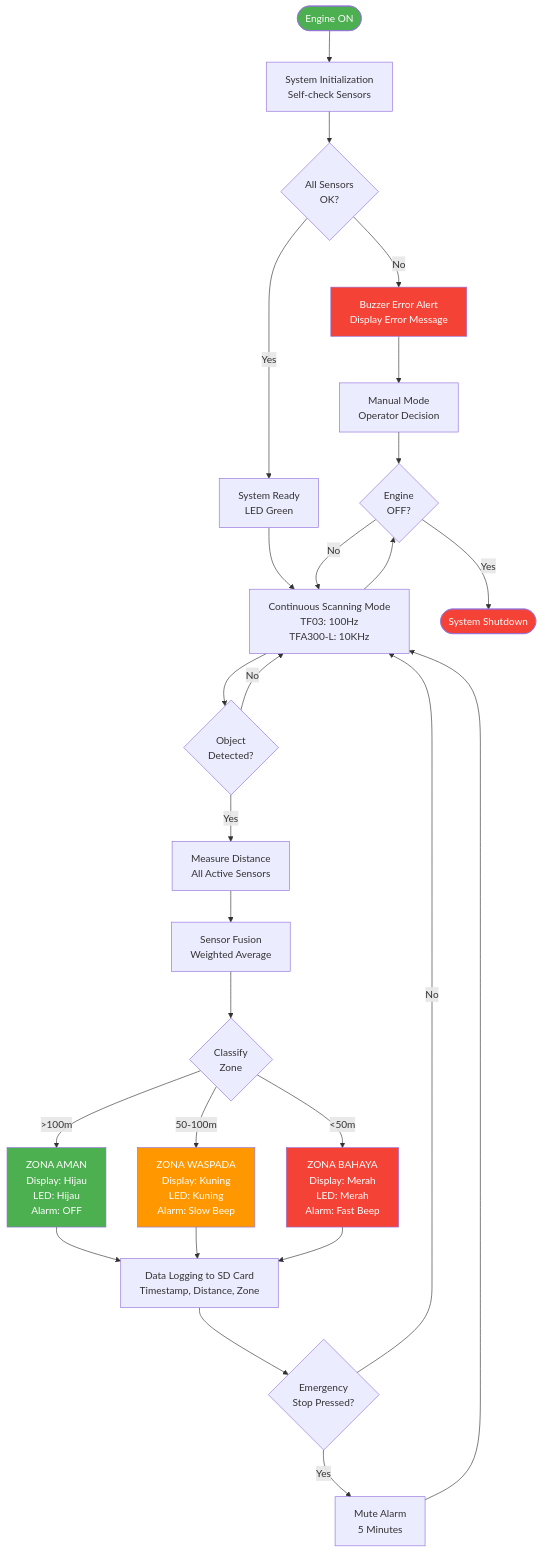
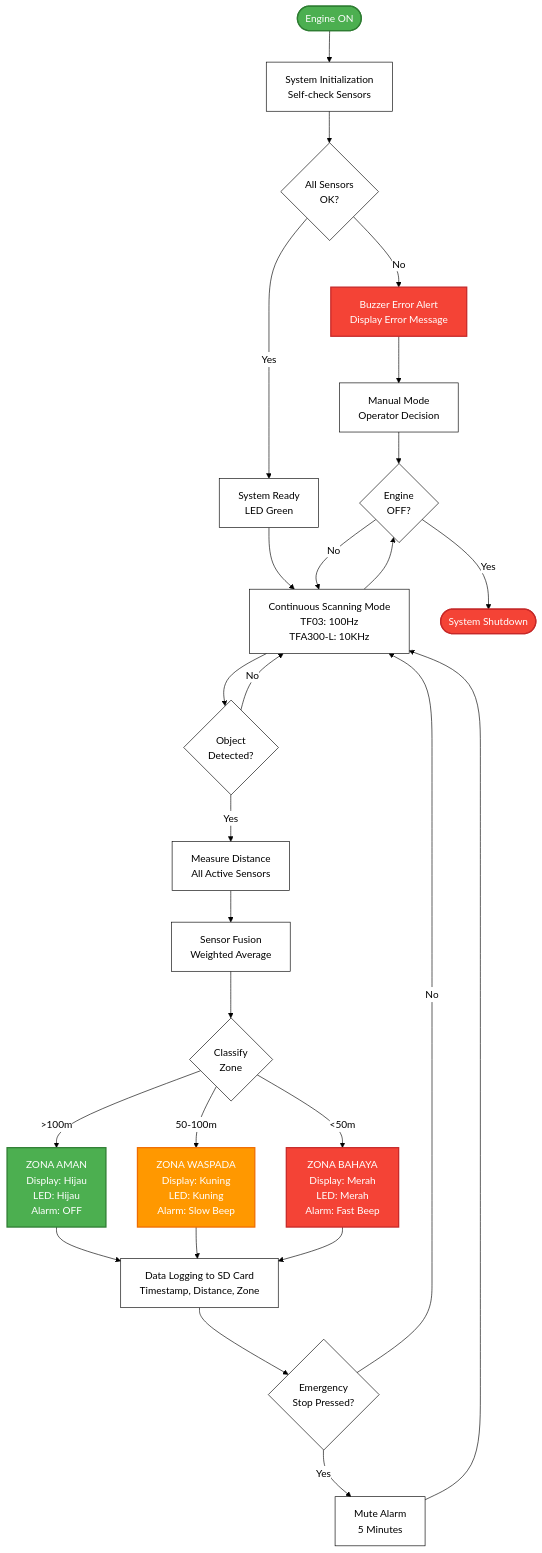
One commit to antonprafanto/buros2025 changed the third of 5 diagrams in 01_PROPOSAL_UTAMA_BESTARI_SAINTEK.md. Above: the diagram before and after it, drawn with Mermaid. The commit also changed other lines of this file, not shown here.

First line of the commit message:
Fix Mermaid diagram visibility for dark mode

````diff
--- a/01_PROPOSAL_UTAMA_BESTARI_SAINTEK.md
+++ b/01_PROPOSAL_UTAMA_BESTARI_SAINTEK.md
@@ -321,66 +323,67 @@
 ```mermaid
+%%{init: {'theme':'base', 'themeVariables': { 'primaryColor':'#ffffff','primaryTextColor':'#000','primaryBorderColor':'#000','lineColor':'#000','secondaryColor':'#f5f5f5','tertiaryColor':'#ffffff','background':'#ffffff','mainBkg':'#ffffff','edgeLabelBackground':'#ffffff','nodeTextColor':'#000'}}}%%
 flowchart TD
     START([Engine ON]) --> INIT["System Initialization
     Self-check Sensors"]
     INIT --> CHECK{"All Sensors
     OK?"}
     CHECK -->|No| ERROR["Buzzer Error Alert
     Display Error Message"]
     ERROR --> MANUAL["Manual Mode
     Operator Decision"]
     CHECK -->|Yes| READY["System Ready
     LED Green"]
 
     READY --> SCAN["Continuous Scanning Mode
     TF03: 100Hz
     TFA300-L: 10KHz"]
 
     SCAN --> DETECT{"Object
     Detected?"}
     DETECT -->|No| SCAN
     DETECT -->|Yes| MEASURE["Measure Distance
     All Active Sensors"]
 
     MEASURE --> FUSION["Sensor Fusion
     Weighted Average"]
     FUSION --> CLASSIFY{"Classify
     Zone"}
 
     CLASSIFY -->|">100m"| SAFE["ZONA AMAN
     Display: Hijau
     LED: Hijau
     Alarm: OFF"]
     CLASSIFY -->|"50-100m"| WARN["ZONA WASPADA
     Display: Kuning
     LED: Kuning
     Alarm: Slow Beep"]
     CLASSIFY -->|"<50m"| DANGER["ZONA BAHAYA
     Display: Merah
     LED: Merah
     Alarm: Fast Beep"]
 
     SAFE --> LOG["Data Logging to SD Card
     Timestamp, Distance, Zone"]
     WARN --> LOG
     DANGER --> LOG
 
     LOG --> ESTOP{"Emergency
     Stop Pressed?"}
     ESTOP -->|Yes| MUTE["Mute Alarm
     5 Minutes"]
     MUTE --> SCAN
     ESTOP -->|No| SCAN
 
     MANUAL --> SHUTDOWN{"Engine
     OFF?"}
     SCAN --> SHUTDOWN
     SHUTDOWN -->|Yes| END([System Shutdown])
     SHUTDOWN -->|No| SCAN
 
-    style START fill:#4caf50,color:#fff
-    style END fill:#f44336,color:#fff
-    style SAFE fill:#4caf50,color:#fff
-    style WARN fill:#ff9800,color:#fff
-    style DANGER fill:#f44336,color:#fff
-    style ERROR fill:#f44336,color:#fff
+    style START fill:#4caf50,color:#fff,stroke:#2e7d32,stroke-width:2px
+    style END fill:#f44336,color:#fff,stroke:#c62828,stroke-width:2px
+    style SAFE fill:#4caf50,color:#fff,stroke:#2e7d32,stroke-width:2px
+    style WARN fill:#ff9800,color:#fff,stroke:#ef6c00,stroke-width:2px
+    style DANGER fill:#f44336,color:#fff,stroke:#c62828,stroke-width:2px
+    style ERROR fill:#f44336,color:#fff,stroke:#c62828,stroke-width:2px
 ```
````
